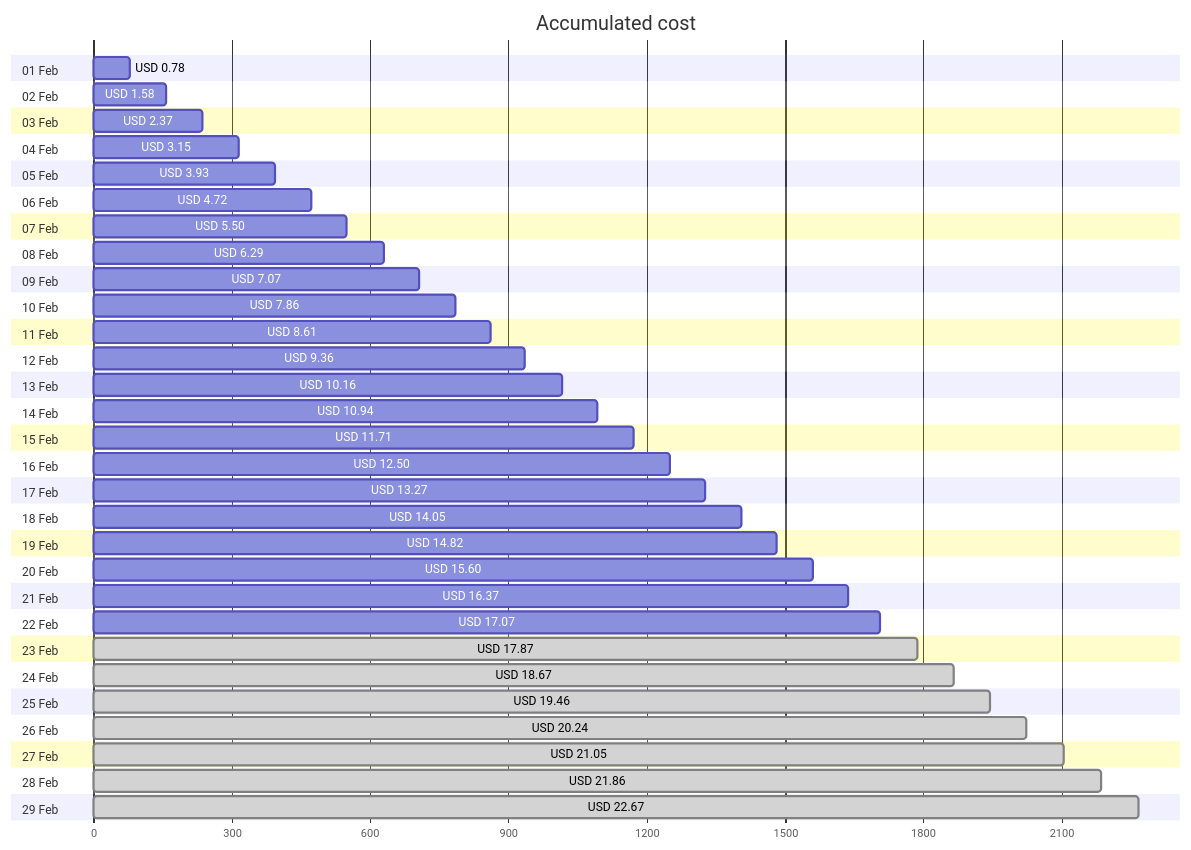
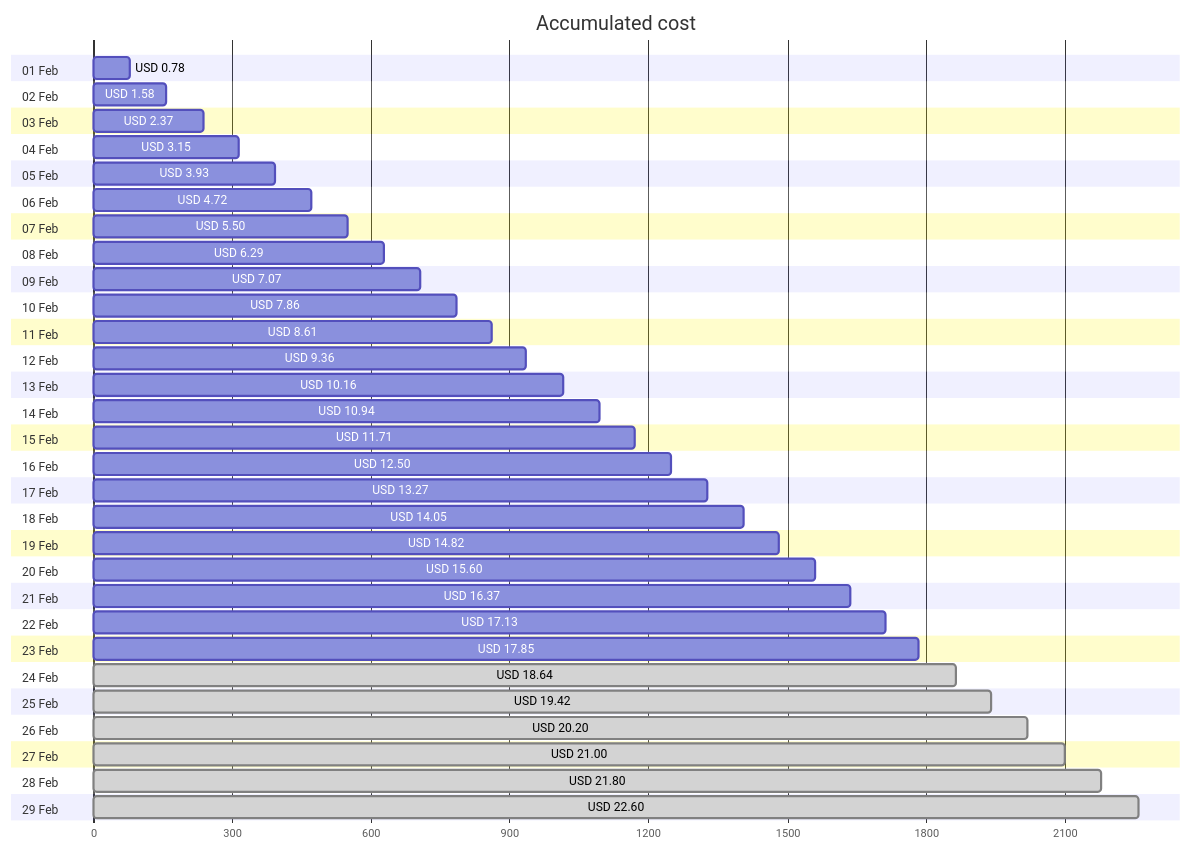
Before and after one commit to jpfulton/azure-personal-reports: the first of 4 diagrams in cost-reports/personal-network/backup-server-data-disk.md, drawn with Mermaid. The commit also changed other lines of this file and 8 other files, not shown here.

````diff
--- a/cost-reports/personal-network/backup-server-data-disk.md
+++ b/cost-reports/personal-network/backup-server-data-disk.md
@@ -20,64 +20,64 @@
 ```mermaid
 gantt
    title Accumulated cost
    dateFormat  X
    axisFormat %s
    section 01 Feb
    USD 0.78 :0, 78
    section 02 Feb
    USD 1.58 :0, 158
    section 03 Feb
    USD 2.37 :0, 237
    section 04 Feb
    USD 3.15 :0, 315
    section 05 Feb
    USD 3.93 :0, 393
    section 06 Feb
    USD 4.72 :0, 472
    section 07 Feb
    USD 5.50 :0, 550
    section 08 Feb
    USD 6.29 :0, 629
    section 09 Feb
    USD 7.07 :0, 707
    section 10 Feb
    USD 7.86 :0, 786
    section 11 Feb
    USD 8.61 :0, 861
    section 12 Feb
    USD 9.36 :0, 936
    section 13 Feb
    USD 10.16 :0, 1016
    section 14 Feb
    USD 10.94 :0, 1094
    section 15 Feb
    USD 11.71 :0, 1171
    section 16 Feb
    USD 12.50 :0, 1250
    section 17 Feb
    USD 13.27 :0, 1327
    section 18 Feb
    USD 14.05 :0, 1405
    section 19 Feb
    USD 14.82 :0, 1482
    section 20 Feb
    USD 15.60 :0, 1560
    section 21 Feb
    USD 16.37 :0, 1637
    section 22 Feb
-   USD 17.07 :0, 1707
+   USD 17.13 :0, 1713
    section 23 Feb
-   USD 17.87 : done, 0, 1787
+   USD 17.85 :0, 1785
    section 24 Feb
-   USD 18.67 : done, 0, 1867
+   USD 18.64 : done, 0, 1864
    section 25 Feb
-   USD 19.46 : done, 0, 1946
+   USD 19.42 : done, 0, 1942
    section 26 Feb
-   USD 20.24 : done, 0, 2024
+   USD 20.20 : done, 0, 2020
    section 27 Feb
-   USD 21.05 : done, 0, 2105
+   USD 21.00 : done, 0, 2100
    section 28 Feb
-   USD 21.86 : done, 0, 2186
+   USD 21.80 : done, 0, 2180
    section 29 Feb
-   USD 22.67 : done, 0, 2267
+   USD 22.60 : done, 0, 2260
 ```
````
